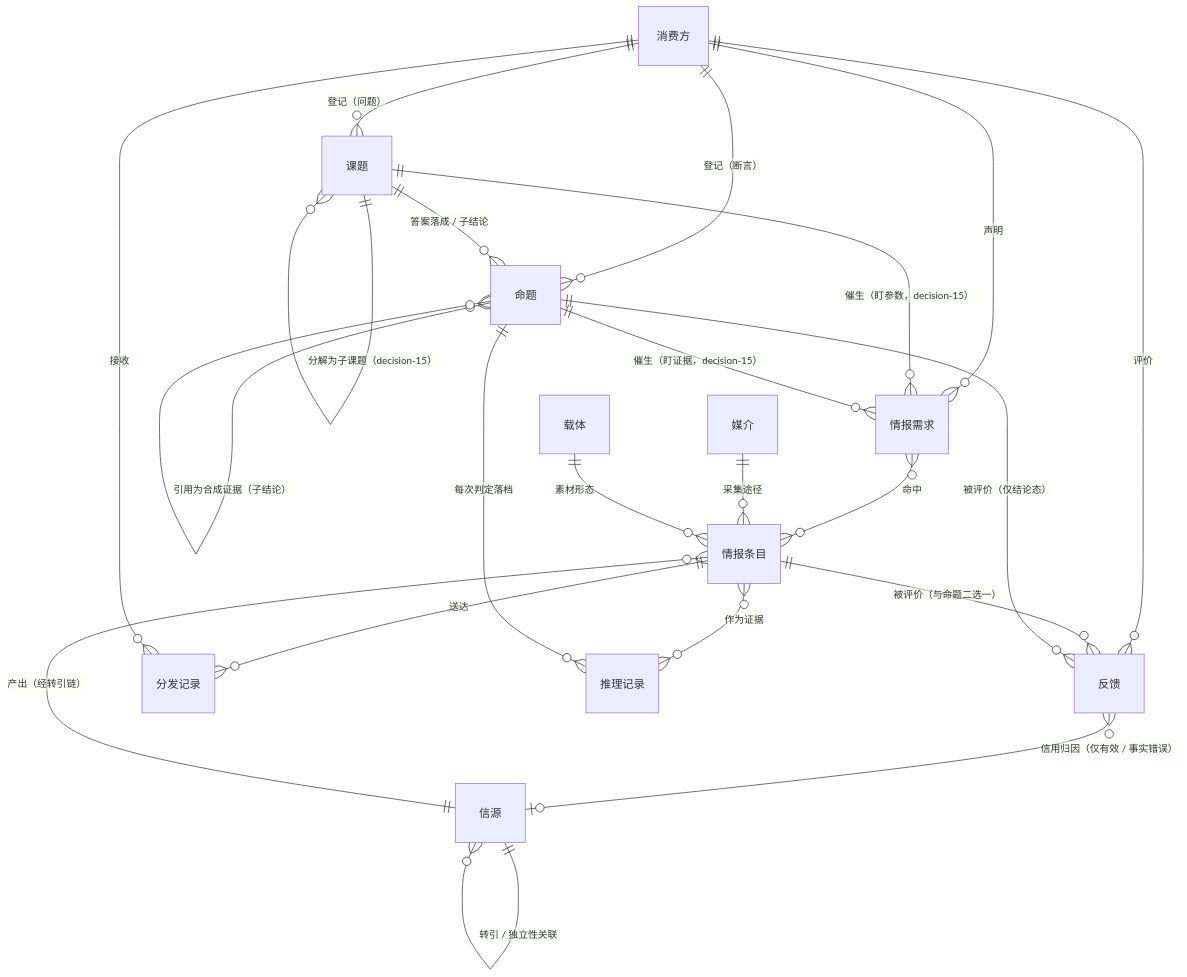
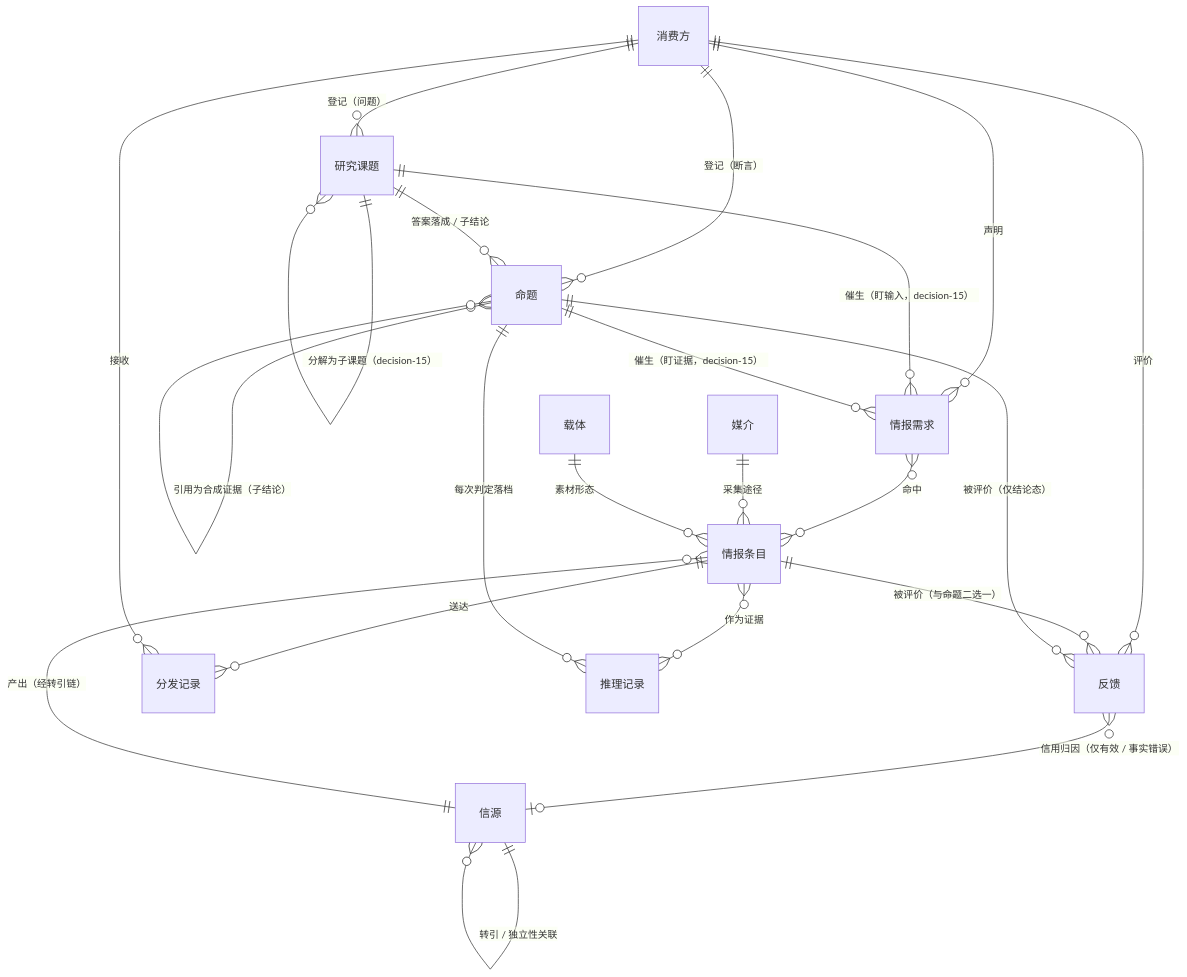
Before and after one commit to leoricmaster/iih: the third of 7 diagrams in backlog/docs/doc-02 - 领域模型-Domain-Model.md, drawn with Mermaid. The commit also changed other lines of this file and 6 other files, not shown here.

Commit message:
术语收敛与术语表面向人类重写：需求类型退役（限时=生效窗口、催生=随结题关）；「盯参数」改「盯输入」；「一等对象」行话清除；消费方边界入表（智能体读情报属生产环节）；走查改框架（合资传闻=世界递来的断言，判断题不入研究课题）；推理记录补输入值快照（取判定时点）；术语表新增示例列、表下注改带标题条目；课题改名研究课题并七文档同步

````diff
--- a/backlog/docs/doc-02 - 领域模型-Domain-Model.md
+++ b/backlog/docs/doc-02 - 领域模型-Domain-Model.md
@@ -78,24 +78,24 @@
 ```mermaid
 erDiagram
     消费方 ||--o{ 情报需求 : "声明"
     消费方 ||--o{ 反馈 : "评价"
-    消费方 ||--o{ 课题 : "登记（问题）"
+    消费方 ||--o{ 研究课题 : "登记（问题）"
     消费方 ||--o{ 命题 : "登记（断言）"
-    课题 ||--o{ 命题 : "答案落成 / 子结论"
-    课题 ||--o{ 情报需求 : "催生（盯参数，decision-15）"
+    研究课题 ||--o{ 命题 : "答案落成 / 子结论"
+    研究课题 ||--o{ 情报需求 : "催生（盯输入，decision-15）"
     命题 ||--o{ 情报需求 : "催生（盯证据，decision-15）"
-    课题 ||--o{ 课题 : "分解为子课题（decision-15）"
+    研究课题 ||--o{ 研究课题 : "分解为子课题（decision-15）"
     命题 }o--o{ 命题 : "引用为合成证据（子结论）"
     情报需求 }o--o{ 情报条目 : "命中"
     媒介 ||--o{ 情报条目 : "采集途径"
     载体 ||--o{ 情报条目 : "素材形态"
     信源 ||--o{ 情报条目 : "产出（经转引链）"
     信源 ||--o{ 信源 : "转引 / 独立性关联"
     情报条目 ||--o{ 分发记录 : "送达"
     消费方 ||--o{ 分发记录 : "接收"
     情报条目 }o--o{ 推理记录 : "作为证据"
     命题 ||--o{ 推理记录 : "每次判定落档"
     情报条目 ||--o{ 反馈 : "被评价（与命题二选一）"
     命题 ||--o{ 反馈 : "被评价（仅结论态）"
     反馈 }o--o| 信源 : "信用归因（仅有效 / 事实错误）"
 ```
````
